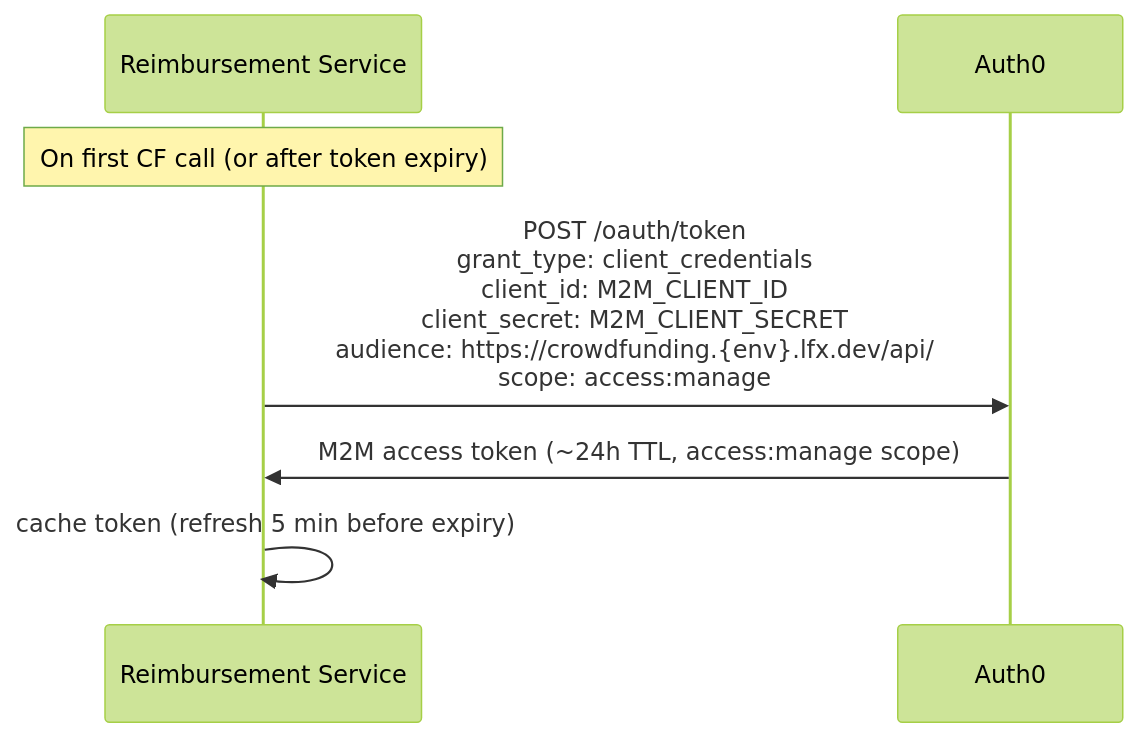
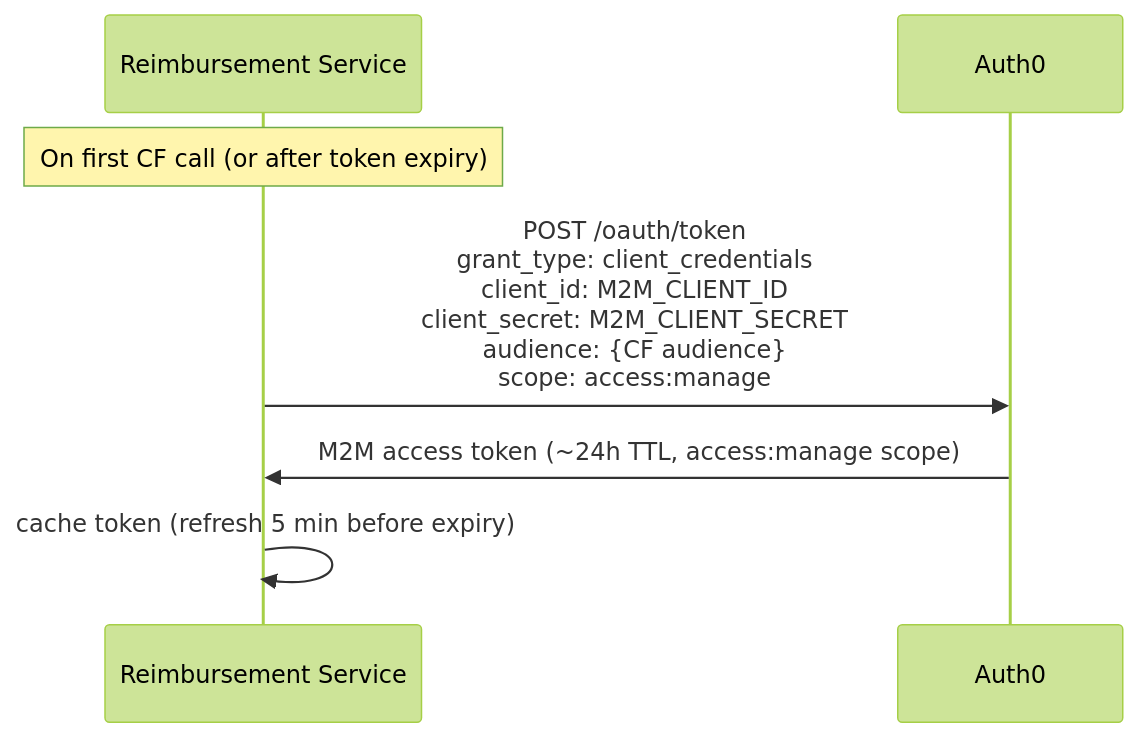
Before and after one commit to linuxfoundation/lfx-crowdfunding: the sixth of 8 diagrams in backend/docs/rewrite/09-authentication-architecture.md, drawn with Mermaid (forest theme). The commit also changed other lines of this file and 1 other file, not shown here.

First line of the commit message:
docs: fix audience URLs, Auth0 tenant info, and remove status tracking

````diff
--- a/backend/docs/rewrite/09-authentication-architecture.md
+++ b/backend/docs/rewrite/09-authentication-architecture.md
@@ -286,10 +289,10 @@
 ```mermaid
 sequenceDiagram
     participant RS as Reimbursement Service
     participant Auth0
 
     Note over RS: On first CF call (or after token expiry)
-    RS->>Auth0: POST /oauth/token<br/>grant_type: client_credentials<br/>client_id: M2M_CLIENT_ID<br/>client_secret: M2M_CLIENT_SECRET<br/>audience: https://crowdfunding.{env}.lfx.dev/api/<br/>scope: access:manage
+    RS->>Auth0: POST /oauth/token<br/>grant_type: client_credentials<br/>client_id: M2M_CLIENT_ID<br/>client_secret: M2M_CLIENT_SECRET<br/>audience: {CF audience}<br/>scope: access:manage
     Auth0->>RS: M2M access token (~24h TTL, access:manage scope)
     RS->>RS: cache token (refresh 5 min before expiry)
 ```
````
